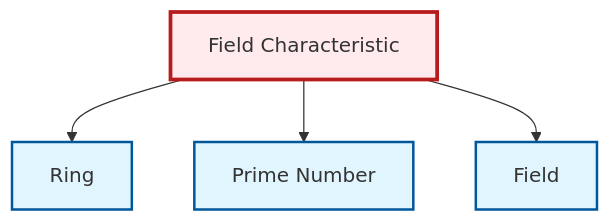
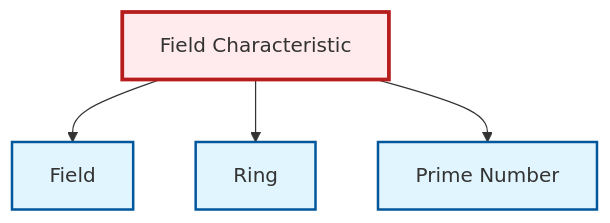
One commit to RK0429/ModernMath changed the diagram in output/mermaid/en/thm-field-characteristic.mermaid. Above: the diagram before and after it, drawn with Mermaid. The commit also changed other lines of this file and 1712 other files, not shown here.

```diff
--- a/output/mermaid/en/thm-field-characteristic.mermaid
+++ b/output/mermaid/en/thm-field-characteristic.mermaid
@@ -1,14 +1,14 @@
 graph TD
     classDef definition fill:#e1f5fe,stroke:#01579b,stroke-width:2px
     classDef theorem fill:#f3e5f5,stroke:#4a148c,stroke-width:2px
     classDef axiom fill:#fff3e0,stroke:#e65100,stroke-width:2px
     classDef example fill:#e8f5e9,stroke:#1b5e20,stroke-width:2px
     classDef current fill:#ffebee,stroke:#b71c1c,stroke-width:3px
+    def-ring["Ring"]:::definition
     def-field["Field"]:::definition
     def-prime["Prime Number"]:::definition
-    def-ring["Ring"]:::definition
     thm-field-characteristic["Field Characteristic"]:::theorem
+    thm-field-characteristic --> def-field
     thm-field-characteristic --> def-ring
     thm-field-characteristic --> def-prime
-    thm-field-characteristic --> def-field
     class thm-field-characteristic current
```
